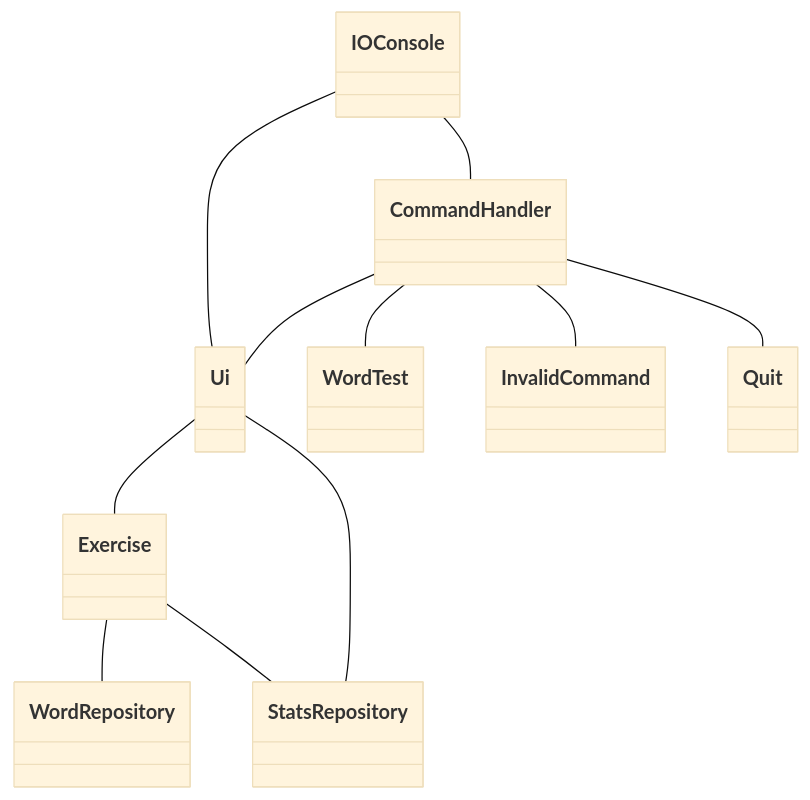
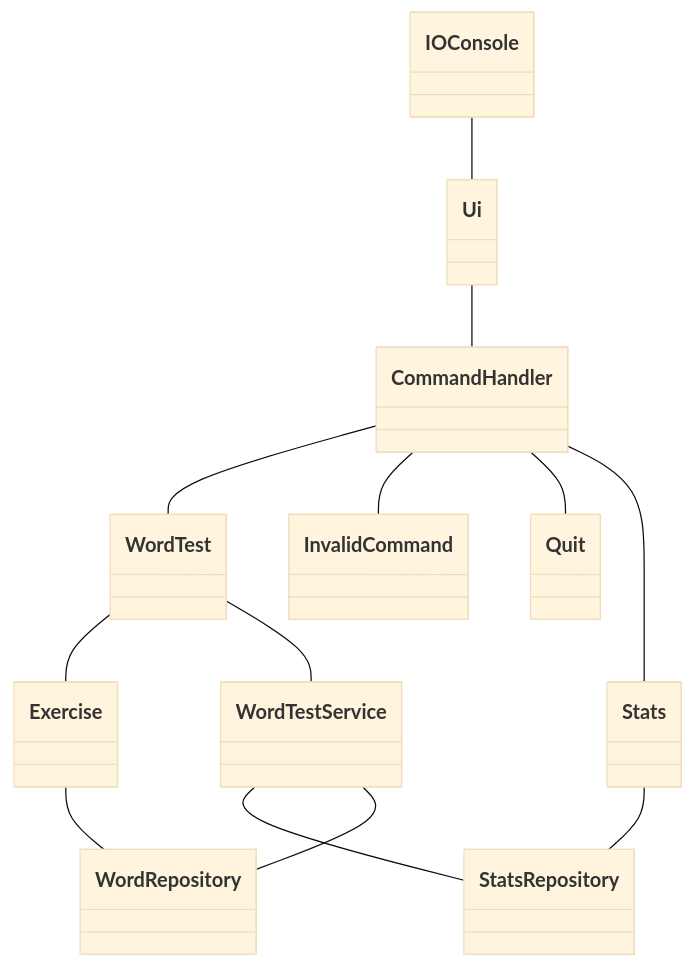
One commit to jaakkoset/ot-harjoitustyo changed the first of 2 diagrams in dokumentaatio/arkkitehtuuri.md. Above: the diagram before and after it, drawn with Mermaid (base theme). The commit also changed other lines of this file and 1 other file, not shown here.

Commit message:
Update class diagram

````diff
--- a/dokumentaatio/arkkitehtuuri.md
+++ b/dokumentaatio/arkkitehtuuri.md
@@ -5,13 +5,15 @@
 ```mermaid
 classDiagram
     IOConsole -- Ui
-    Ui -- Exercise
-    Ui -- StatsRepository
-    CommandHandler -- Ui
-    IOConsole -- CommandHandler
+    Ui -- CommandHandler
     CommandHandler -- WordTest
     CommandHandler -- InvalidCommand
     CommandHandler -- Quit
+    CommandHandler -- Stats
+    Stats -- StatsRepository
+    WordTest -- Exercise
+    WordTest --WordTestService
     Exercise -- WordRepository
-    Exercise -- StatsRepository
+    WordTestService -- StatsRepository
+    WordTestService -- WordRepository
 ```
````
